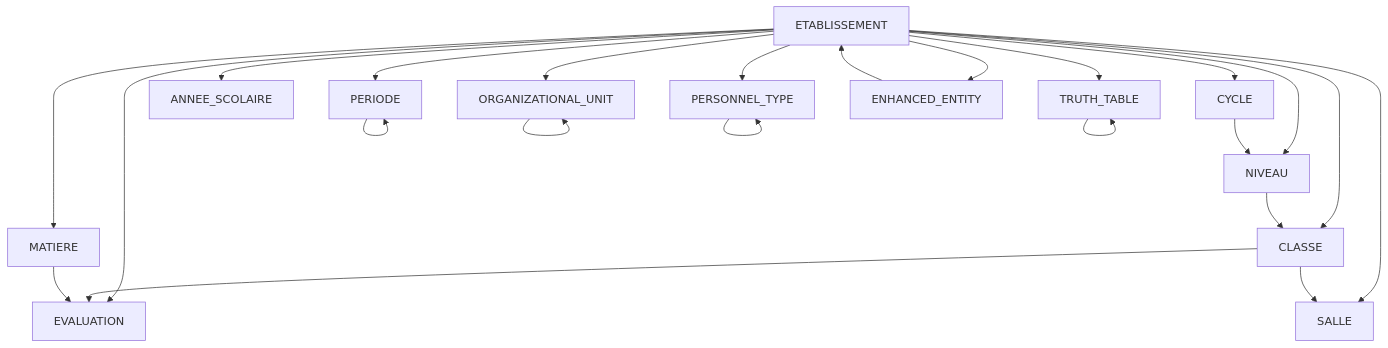
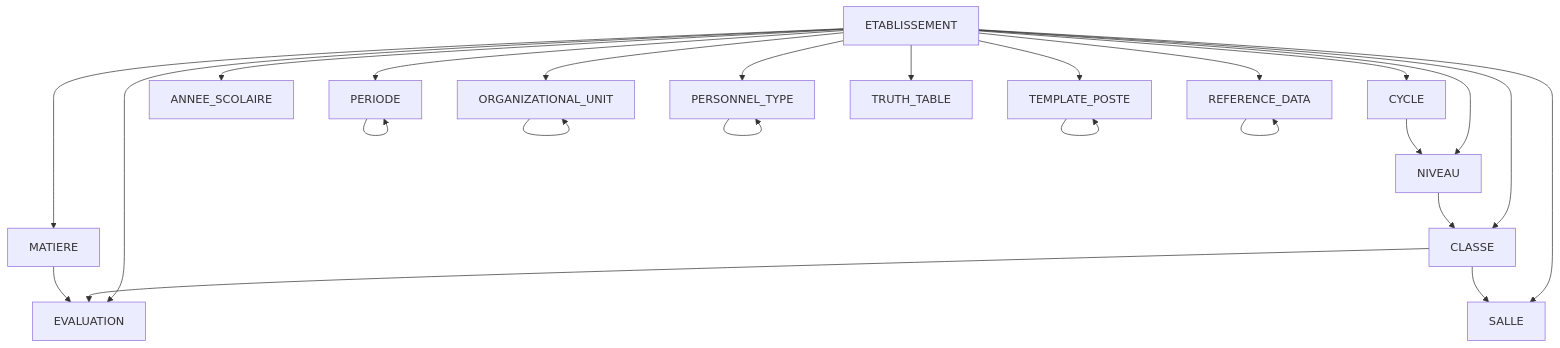
Before and after one commit to franckylab/eLISAschool: the third of 4 diagrams in .qoder/repowiki/en/content/Database Schema Design/Database Schema Design.md, drawn with Mermaid. The commit also changed other lines of this file and 134 other files, not shown here.

````diff
--- a/.qoder/repowiki/en/content/Database Schema Design/Database Schema Design.md
+++ b/.qoder/repowiki/en/content/Database Schema Design/Database Schema Design.md
@@ -501,25 +561,26 @@
 ```mermaid
 graph TB
 ETAB["ETABLISSEMENT"] --> CYC["CYCLE"]
 ETAB --> NIV["NIVEAU"]
 ETAB --> CLA["CLASSE"]
 ETAB --> MAT["MATIERE"]
 ETAB --> EVA["EVALUATION"]
 ETAB --> PER["PERIODE"]
 ETAB --> ANN["ANNEE_SCOLAIRE"]
 ETAB --> SAL["SALLE"]
 ETAB --> PTYPE["PERSONNEL_TYPE"]
 ETAB --> OUNIT["ORGANIZATIONAL_UNIT"]
+ETAB --> TPOSTE["TEMPLATE_POSTE"]
 ETAB --> TRUTH["TRUTH_TABLE"]
-ETAB --> ENH["ENHANCED_ENTITY"]
+ETAB --> REFDATA["REFERENCE_DATA"]
 CYC --> NIV
 NIV --> CLA
 CLA --> EVA
 MAT --> EVA
 PER --> PER
 CLA --> SAL
 OUNIT --> OUNIT
 PTYPE --> PTYPE
-TRUTH --> TRUTH
-ENH --> ETAB
+TPOSTE --> TPOSTE
+REFDATA --> REFDATA
 ```
````
